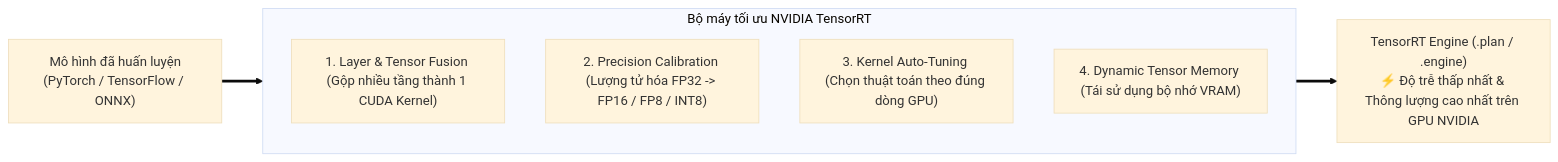
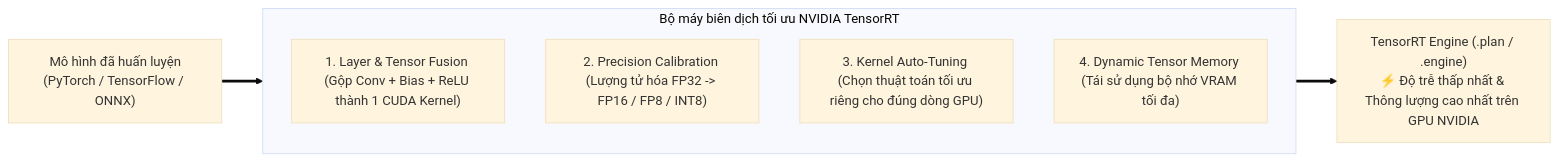
One commit to nxthanh2904/nca-genl changed the fourth of 6 diagrams in Module_08_NVIDIA_Ecosystem.md. Above: the diagram before and after it, drawn with Mermaid (base theme). The commit also changed other lines of this file and 11 other files, not shown here.

````diff
--- a/Module_08_NVIDIA_Ecosystem.md
+++ b/Module_08_NVIDIA_Ecosystem.md
@@ -128,16 +198,16 @@
 ```mermaid
 flowchart LR
     InputModel["Mô hình đã huấn luyện<br/>(PyTorch / TensorFlow / ONNX)"]
     
-    subgraph TRT["Bộ máy tối ưu NVIDIA TensorRT"]
+    subgraph TRT["Bộ máy biên dịch tối ưu NVIDIA TensorRT"]
         direction TB
-        Opt1["1. Layer & Tensor Fusion (Gộp nhiều tầng thành 1 CUDA Kernel)"]
+        Opt1["1. Layer & Tensor Fusion (Gộp Conv + Bias + ReLU thành 1 CUDA Kernel)"]
         Opt2["2. Precision Calibration (Lượng tử hóa FP32 -> FP16 / FP8 / INT8)"]
-        Opt3["3. Kernel Auto-Tuning (Chọn thuật toán theo đúng dòng GPU)"]
-        Opt4["4. Dynamic Tensor Memory (Tái sử dụng bộ nhớ VRAM)"]
+        Opt3["3. Kernel Auto-Tuning (Chọn thuật toán tối ưu riêng cho đúng dòng GPU)"]
+        Opt4["4. Dynamic Tensor Memory (Tái sử dụng bộ nhớ VRAM tối đa)"]
     end
 
     Engine["TensorRT Engine (.plan / .engine)<br/>⚡ Độ trễ thấp nhất & Thông lượng cao nhất trên GPU NVIDIA"]
 
     InputModel ==> TRT ==> Engine
 ```
````
